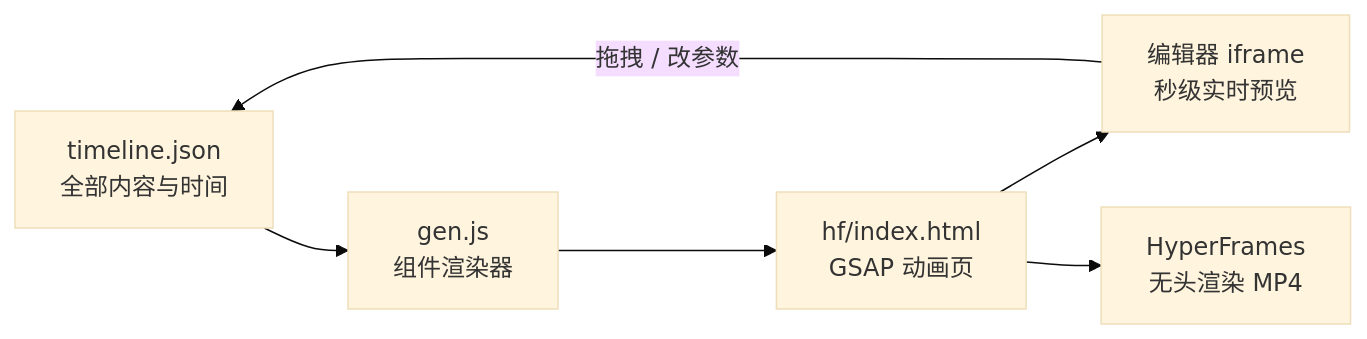
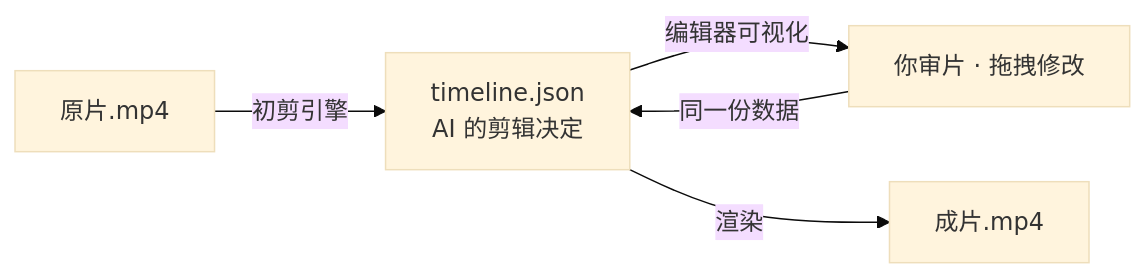
The diagram in README.md (fxl1209739475-fxl/ai-xunjian), drawn with Mermaid (base theme) before and after one commit. The commit also changed other lines of this file and 4 other files, not shown here.

````diff
--- a/README.md
+++ b/README.md
@@ -130,8 +50,7 @@
 ```mermaid
 flowchart LR
-    A[timeline.json<br/>全部内容与时间] --> B[gen.js<br/>组件渲染器]
-    B --> C[hf/index.html<br/>GSAP 动画页]
-    C --> D[编辑器 iframe<br/>秒级实时预览]
-    D -->|拖拽 / 改参数| A
-    C --> E[HyperFrames<br/>无头渲染 MP4]
+    A[原片.mp4] -->|初剪引擎| B[timeline.json<br/>AI 的剪辑决定]
+    B -->|编辑器可视化| C[你审片 · 拖拽修改]
+    C -->|同一份数据| B
+    B -->|渲染| D[成片.mp4]
 ```
````
